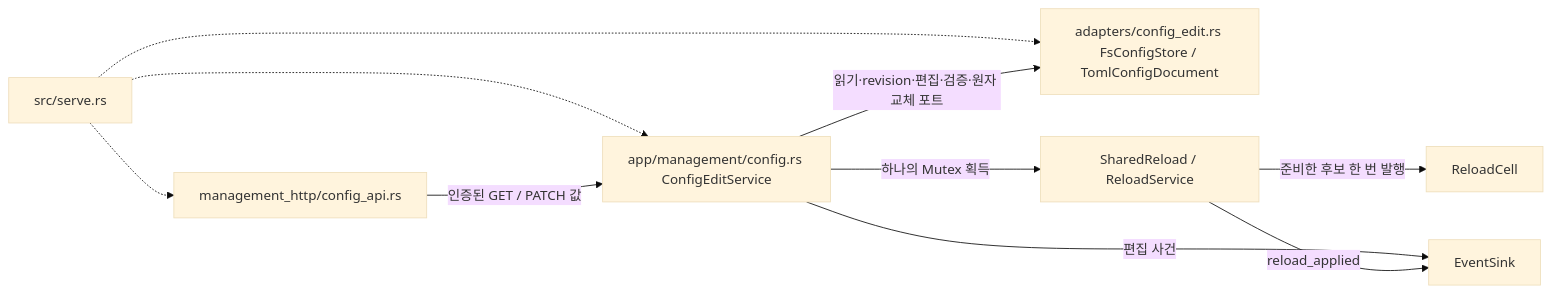
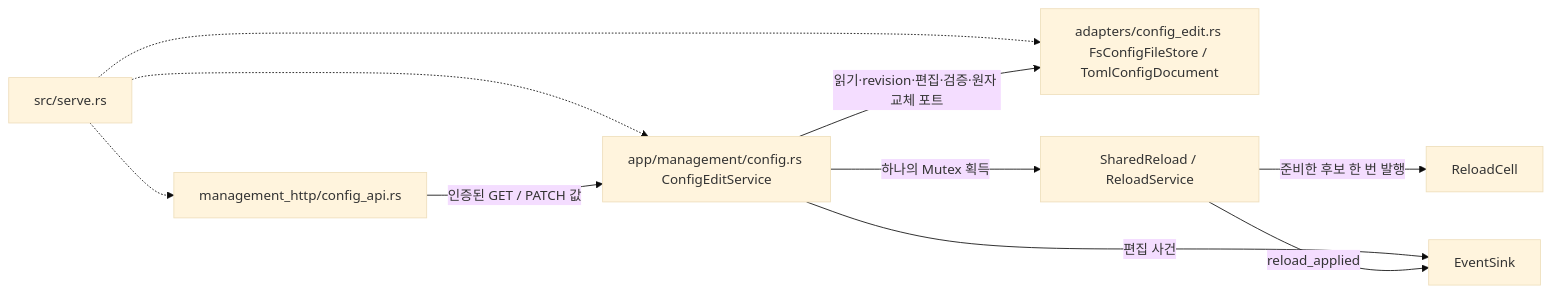
One commit to kayden-kim/vnc-relay changed the diagram in docs/architectures/config-edit.md. Above: the diagram before and after it, drawn with Mermaid (base theme). The commit also changed other lines of this file and 113 other files, not shown here.

First line of the commit message:
feat(config): add config view, dynamic edit, and expanded reload

````diff
--- a/docs/architectures/config-edit.md
+++ b/docs/architectures/config-edit.md
@@ -26,12 +26,12 @@
 ```mermaid
 flowchart LR
     S["src/serve.rs"] -.-> H["management_http/config_api.rs"]
     S -.-> E["app/management/config.rs ConfigEditService"]
-    S -.-> F["adapters/config_edit.rs FsConfigStore / TomlConfigDocument"]
+    S -.-> F["adapters/config_edit.rs FsConfigFileStore / TomlConfigDocument"]
     H -->|"인증된 GET / PATCH 값"| E
     E -->|"하나의 Mutex 획득"| R["SharedReload / ReloadService"]
     E -->|"읽기·revision·편집·검증·원자 교체 포트"| F
     R -->|"준비한 후보 한 번 발행"| C["ReloadCell"]
     E -->|"편집 사건"| L["EventSink"]
     R -->|"reload_applied"| L
 ```
````
